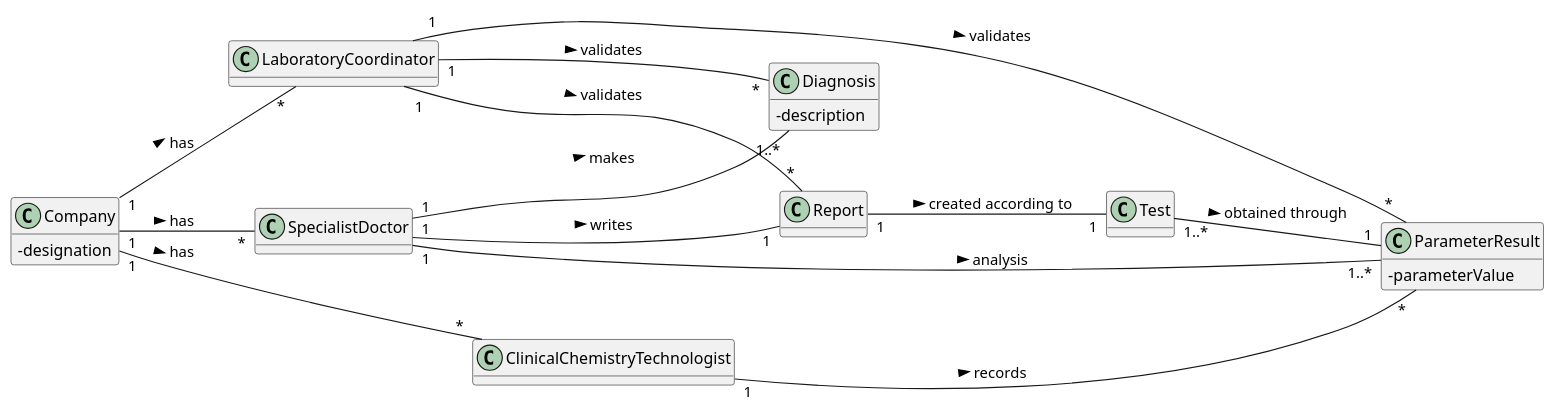
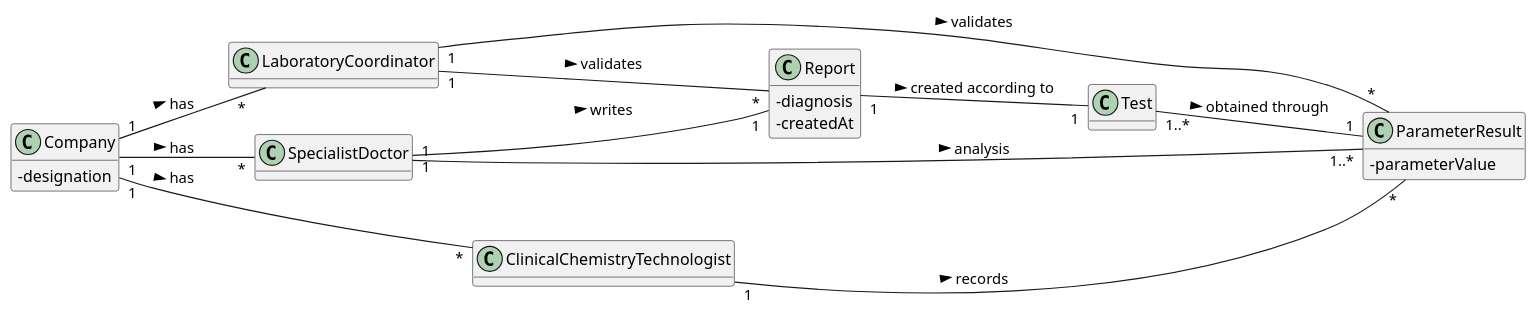
One commit to Pedromaia26/LAPR2-ISEP changed the diagram in docs/SprintC/US15_ValidateTheWorkDone/US15_DM.puml. Above: the diagram before and after it, drawn with PlantUML. The commit also changed 1 other file, not shown here.

Commit message:
US15 DM excert remove class Diagnosis

```diff
--- a/docs/SprintC/US15_ValidateTheWorkDone/US15_DM.puml
+++ b/docs/SprintC/US15_ValidateTheWorkDone/US15_DM.puml
@@ -1,54 +1,49 @@
 @startuml
 hide methods
 left to right direction
 skinparam classAttributeIconSize 0
 
 
 class Company {
   -designation
 }
 
 class LaboratoryCoordinator {
 
 }
 
 class Report {
-
+   - diagnosis
+   - createdAt
 }
 
 class SpecialistDoctor {
   
-}
-
-class Diagnosis {
-  - description
 }
 
 class ParameterResult {
   - parameterValue
 
 }
 
 class ClinicalChemistryTechnologist {
 
 }
 
 class Test {
 
 }
 
 
 
 Company "1" -- "*" LaboratoryCoordinator : has  >
 Company "1" -- "*" SpecialistDoctor : has >
 Company "1" -- "*" ClinicalChemistryTechnologist: has >
 SpecialistDoctor "1" -- "1" Report: writes >
-SpecialistDoctor "1" -- "1..*" Diagnosis: makes >
 SpecialistDoctor "1" -- "1..*" ParameterResult: analysis >
-LaboratoryCoordinator "1" -- "*" Diagnosis: validates >
 LaboratoryCoordinator "1" -- "*" Report: validates >
 LaboratoryCoordinator "1" -- "*" ParameterResult: validates >
 ClinicalChemistryTechnologist "1" -- "*" ParameterResult: records >
 Test "1..*" -- "1" ParameterResult: obtained through >
 Report "1" -- "1" Test: created according to >
 @enduml
```
